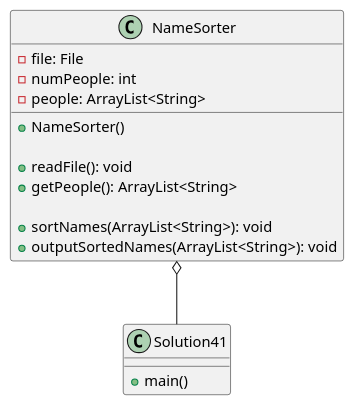
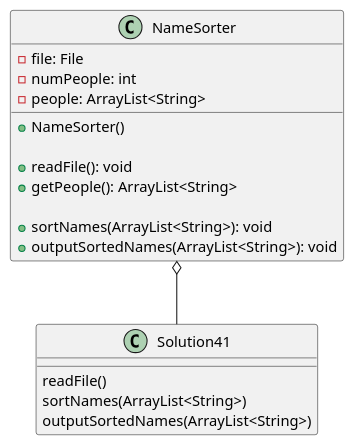
The diagram in exercise41/docs/Classes.puml (Zandroid505/Antifit-a04), drawn with PlantUML before and after one commit. The commit also changed 21 other files, not shown here.

```diff
--- a/exercise41/docs/Classes.puml
+++ b/exercise41/docs/Classes.puml
@@ -6,26 +6,28 @@
 @startuml
 'https://plantuml.com/sequence-diagram
 
 NameSorter o-- Solution41
 
 class Solution41 {
-    + main()
-        'Creates NameSorter object and uses it to manage names
+    'Creates NameSorter object and uses it to manage names
+    readFile()
+    sortNames(ArrayList<String>)
+    outputSortedNames(ArrayList<String>)
 }
 
 class NameSorter {
     - file: File
     - numPeople: int
     - people: ArrayList<String>
 
     + NameSorter()
         'Initializes the amount of people to 0
 
     + readFile(): void
     + getPeople(): ArrayList<String>
 
     + sortNames(ArrayList<String>): void
     + outputSortedNames(ArrayList<String>): void
 }
 
 @enduml
```
